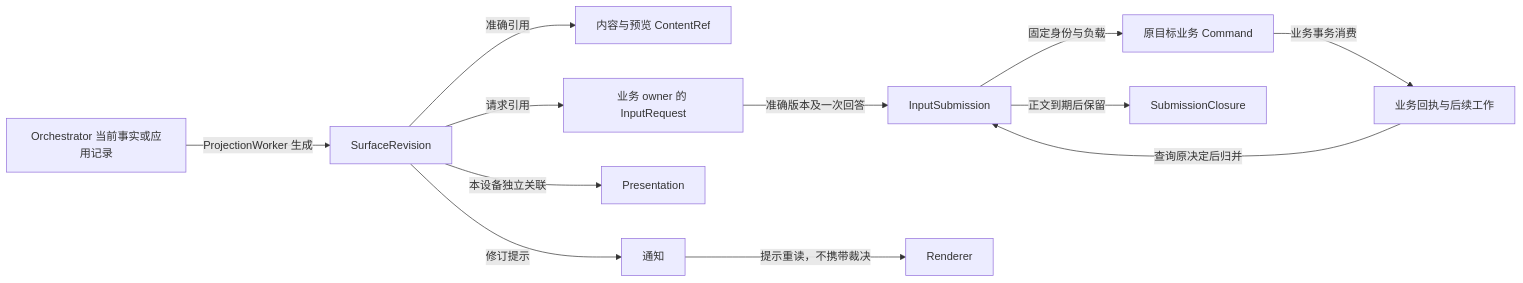
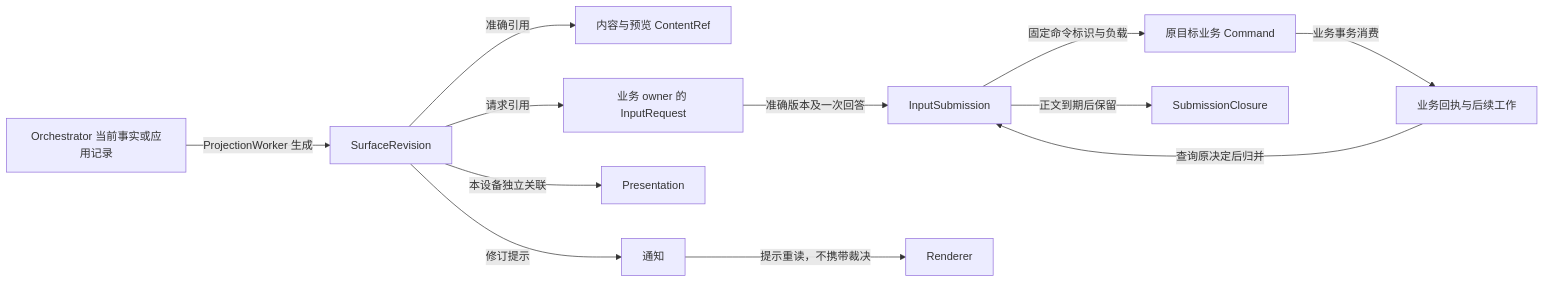
The third of 5 diagrams in docs/architecture/interaction/implementation.md (ruipengliu/lerna), drawn with Mermaid before and after one commit. The commit also changed other lines of this file and 205 other files, not shown here.

Commit message:
docs: unify architecture terminology

````diff
--- a/docs/architecture/interaction/implementation.md
+++ b/docs/architecture/interaction/implementation.md
@@ -211,14 +211,14 @@
 ```mermaid
 flowchart LR
     H[Orchestrator 当前事实或应用记录] -->|ProjectionWorker 生成| S[SurfaceRevision]
     S -->|准确引用| C[内容与预览 ContentRef]
     S -->|请求引用| R[业务 owner 的 InputRequest]
     S -->|本设备独立关联| P[Presentation]
     R -->|准确版本及一次回答| I[InputSubmission]
-    I -->|固定身份与负载| T[原目标业务 Command]
+    I -->|固定命令标识与负载| T[原目标业务 Command]
     T -->|业务事务消费| B[业务回执与后续工作]
     B -->|查询原决定后归并| I
     I -->|正文到期后保留| X[SubmissionClosure]
     S -->|修订提示| N[通知]
     N -->|提示重读，不携带裁决| U[Renderer]
 ```
````
